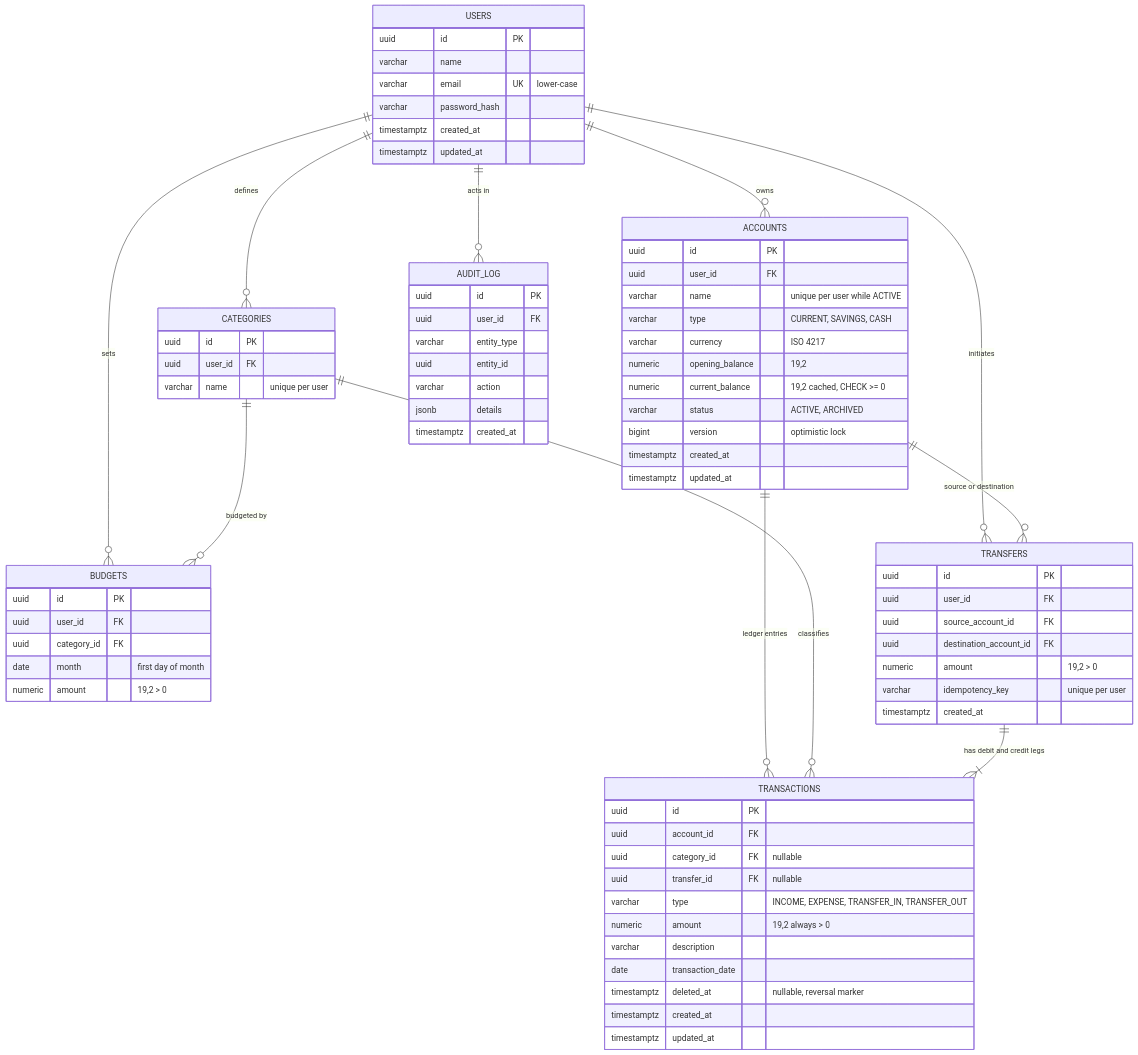
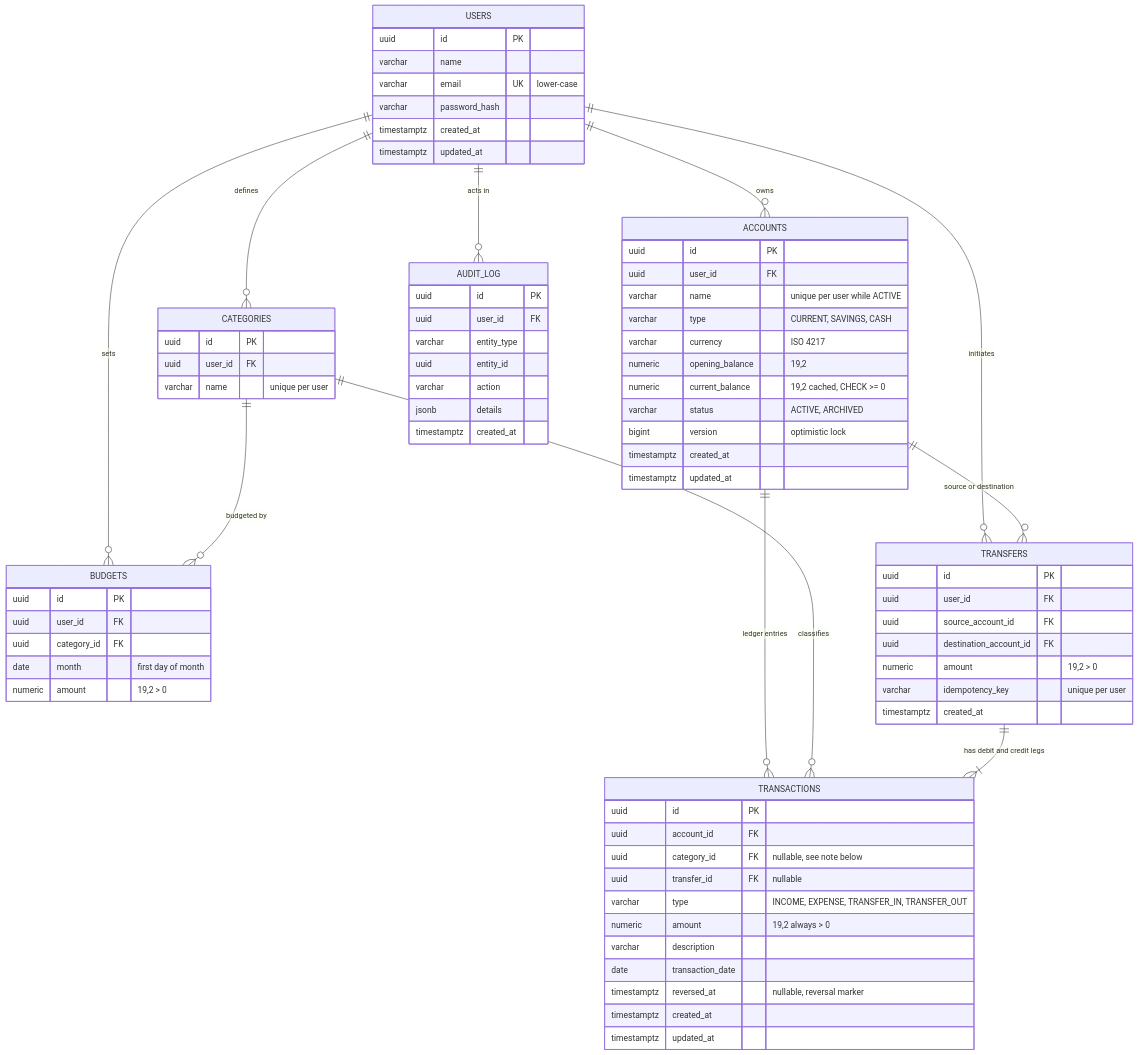
One commit to TanviC1314/fintrack-personal-finance-system changed the diagram in docs/DATABASE_DESIGN.md. Above: the diagram before and after it, drawn with Mermaid. The commit also changed other lines of this file and 4 other files, not shown here.

````diff
--- a/docs/DATABASE_DESIGN.md
+++ b/docs/DATABASE_DESIGN.md
@@ -10,78 +10,78 @@
 ```mermaid
 erDiagram
     USERS ||--o{ ACCOUNTS : owns
     USERS ||--o{ CATEGORIES : defines
     USERS ||--o{ BUDGETS : sets
     USERS ||--o{ TRANSFERS : initiates
     USERS ||--o{ AUDIT_LOG : "acts in"
     ACCOUNTS ||--o{ TRANSACTIONS : "ledger entries"
     CATEGORIES ||--o{ TRANSACTIONS : classifies
     CATEGORIES ||--o{ BUDGETS : "budgeted by"
     TRANSFERS ||--|{ TRANSACTIONS : "has debit and credit legs"
     ACCOUNTS ||--o{ TRANSFERS : "source or destination"
 
     USERS {
         uuid id PK
         varchar name
         varchar email UK "lower-case"
         varchar password_hash
         timestamptz created_at
         timestamptz updated_at
     }
     ACCOUNTS {
         uuid id PK
         uuid user_id FK
         varchar name "unique per user while ACTIVE"
         varchar type "CURRENT, SAVINGS, CASH"
         varchar currency "ISO 4217"
         numeric opening_balance "19,2"
         numeric current_balance "19,2 cached, CHECK >= 0"
         varchar status "ACTIVE, ARCHIVED"
         bigint version "optimistic lock"
         timestamptz created_at
         timestamptz updated_at
     }
     TRANSACTIONS {
         uuid id PK
         uuid account_id FK
-        uuid category_id FK "nullable"
+        uuid category_id FK "nullable, see note below"
         uuid transfer_id FK "nullable"
         varchar type "INCOME, EXPENSE, TRANSFER_IN, TRANSFER_OUT"
         numeric amount "19,2 always > 0"
         varchar description
         date transaction_date
-        timestamptz deleted_at "nullable, reversal marker"
+        timestamptz reversed_at "nullable, reversal marker"
         timestamptz created_at
         timestamptz updated_at
     }
     TRANSFERS {
         uuid id PK
         uuid user_id FK
         uuid source_account_id FK
         uuid destination_account_id FK
         numeric amount "19,2 > 0"
         varchar idempotency_key "unique per user"
         timestamptz created_at
     }
     CATEGORIES {
         uuid id PK
         uuid user_id FK
         varchar name "unique per user"
     }
     BUDGETS {
         uuid id PK
         uuid user_id FK
         uuid category_id FK
         date month "first day of month"
         numeric amount "19,2 > 0"
     }
     AUDIT_LOG {
         uuid id PK
         uuid user_id FK
         varchar entity_type
         uuid entity_id
         varchar action
         jsonb details
         timestamptz created_at
     }
 ```
````
